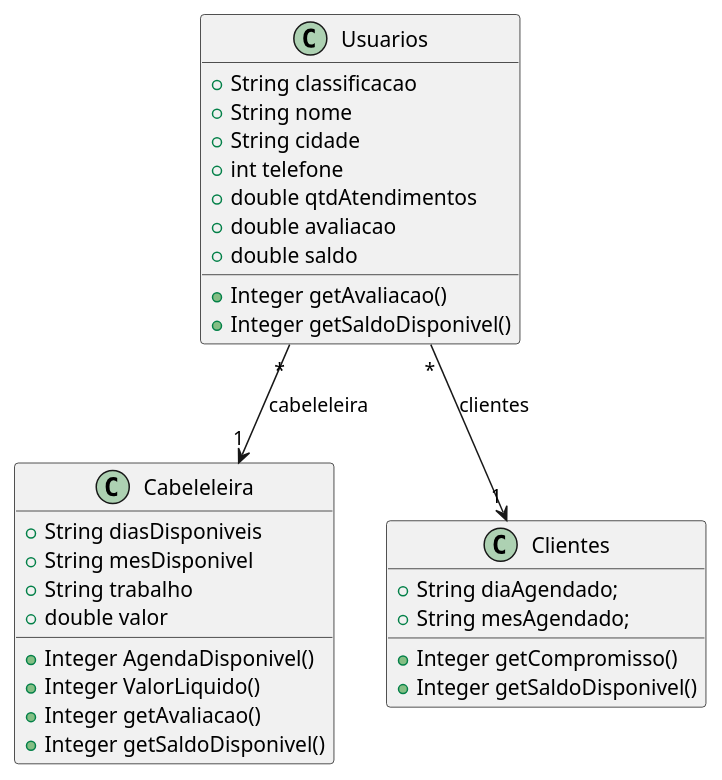
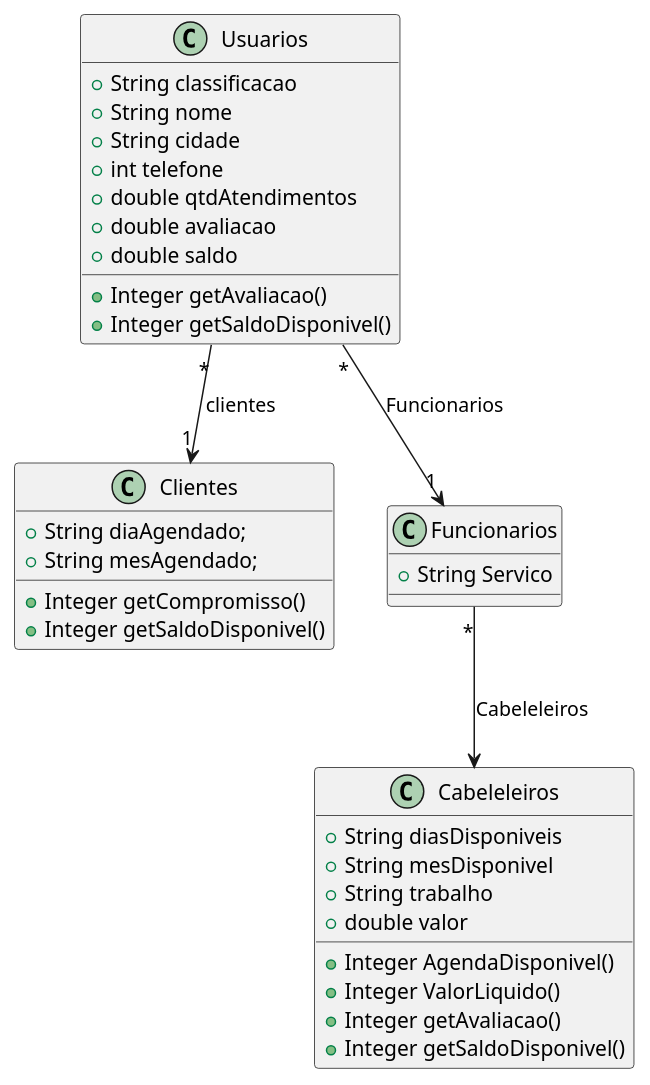
The diagram in grupo8-main/DiagramaDeClasse.plantuml (poo-ec-2025-1/grupo8), drawn with PlantUML before and after one commit.

Commit message:
Update DiagramaDeClasse.plantuml
Classes abstratas adicionadas

```diff
--- a/grupo8-main/DiagramaDeClasse.plantuml
+++ b/grupo8-main/DiagramaDeClasse.plantuml
@@ -1,40 +1,46 @@
 @startuml Classe dos Usuários comuns
 
     class Usuarios{
 
         + String classificacao
         + String nome
         + String cidade
         + int telefone
         + double qtdAtendimentos
         + double avaliacao
         + double saldo
         + Integer getAvaliacao()
         + Integer getSaldoDisponivel()
     }
 
-    class Cabeleleira{
+    class Cabeleleiros{
 
         + String diasDisponiveis
         + String mesDisponivel
         + String trabalho
         + double valor
         + Integer AgendaDisponivel()
         + Integer ValorLiquido()
         + Integer getAvaliacao()
         + Integer getSaldoDisponivel()
     }
 
     class Clientes{
 
         + String diaAgendado;
         + String mesAgendado;
         + Integer getCompromisso()
         + Integer getSaldoDisponivel()
 
     }
 
-    Usuarios "*" --> "1" Cabeleleira : cabeleleira
+    class Funcionarios{
+
+        + String Servico
+    }
+
+    Usuarios "*" --> "1" Funcionarios : Funcionarios
     Usuarios "*" --> "1" Clientes : clientes
+    Funcionarios "*" -->  Cabeleleiros : Cabeleleiros
 
 @enduml
```
